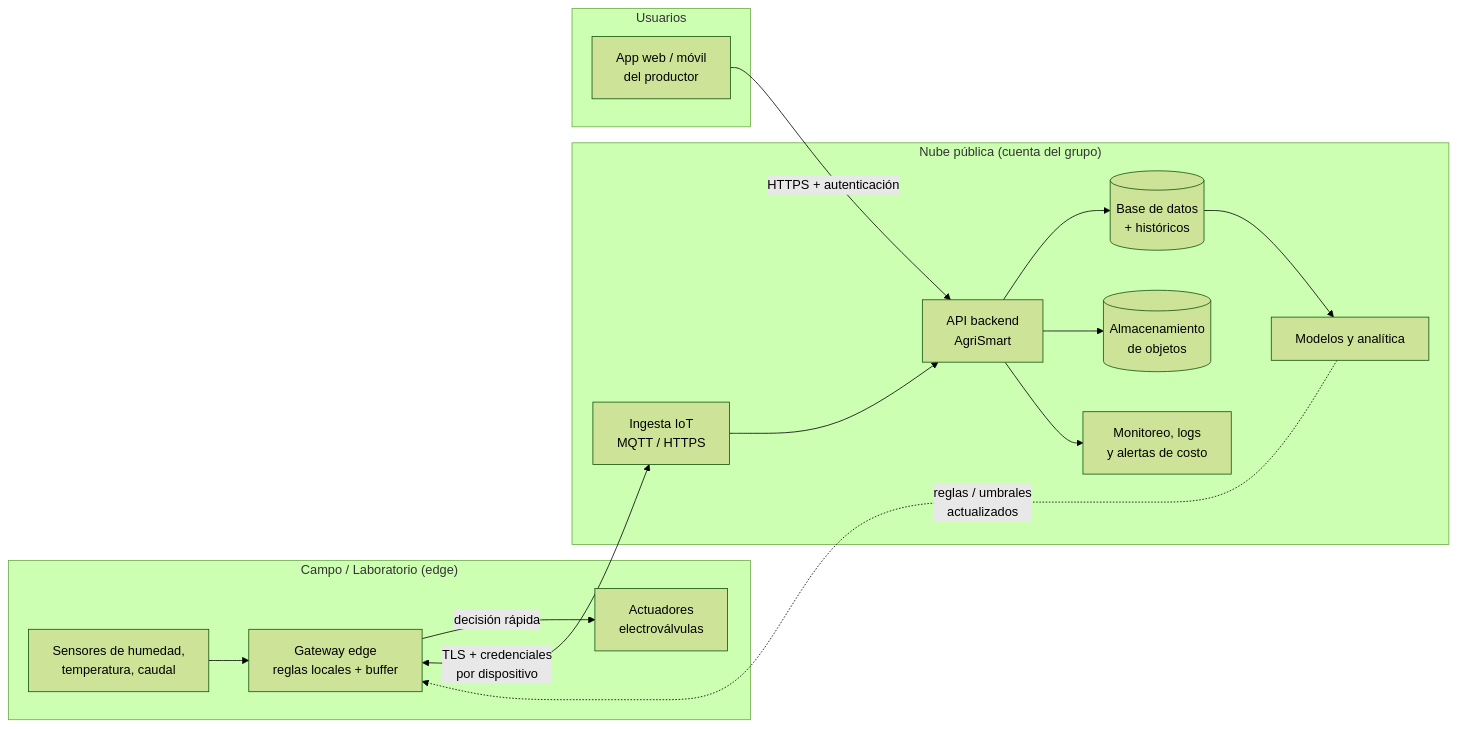
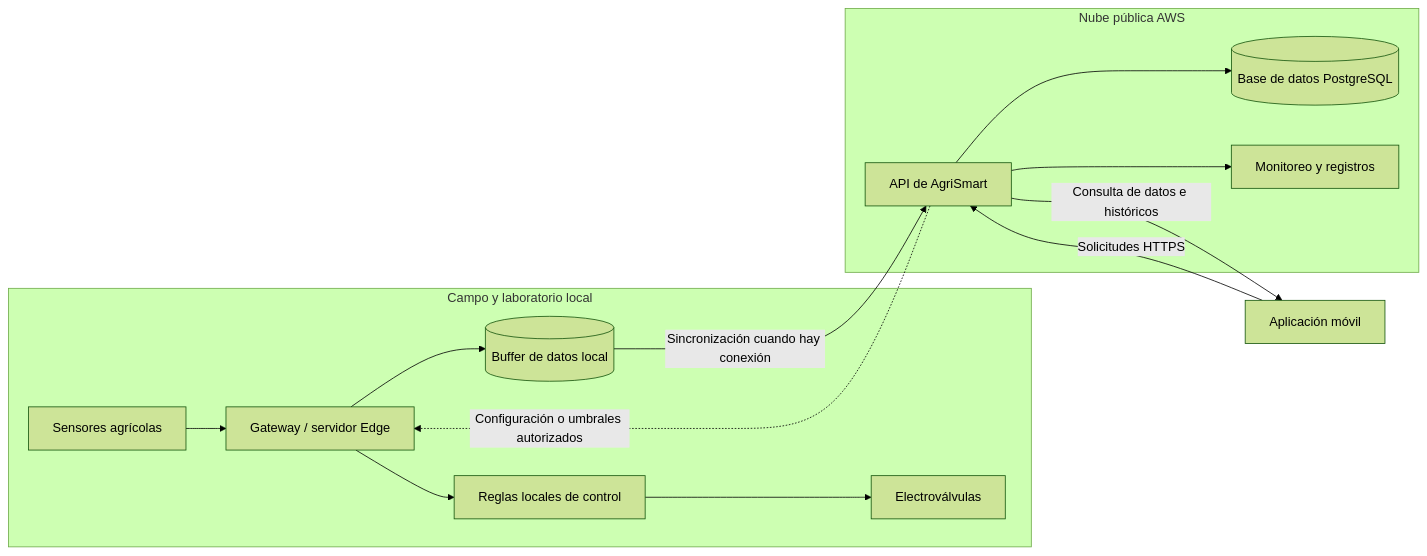
Before and after one commit to Patricio1668/smart_latacunga_cloude: the diagram in docs/nube-H3.md, drawn with Mermaid (forest theme). The commit also changed other lines of this file, not shown here.

Commit message:
Refactor justification section and update architecture diagram
Removed redundant section and updated architecture diagram for clarity.

````diff
--- a/docs/nube-H3.md
+++ b/docs/nube-H3.md
@@ -66,32 +65,31 @@
 ```mermaid
 flowchart LR
-    subgraph CAMPO["Campo / Laboratorio (edge)"]
-        S1[Sensores de humedad,<br/>temperatura, caudal]
-        GW[Gateway edge<br/>reglas locales + buffer]
-        ACT[Actuadores<br/>electroválvulas]
-        S1 --> GW
-        GW -->|decisión rápida| ACT
+    subgraph EDGE["Campo y laboratorio local"]
+        S["Sensores agrícolas"]
+        GW["Gateway / servidor Edge"]
+        CTRL["Reglas locales de control"]
+        BUF[("Buffer de datos local")]
+        ACT["Electroválvulas"]
+
+        S --> GW
+        GW --> CTRL
+        CTRL --> ACT
+        GW --> BUF
     end
 
-    subgraph CLOUD["Nube pública (cuenta del grupo)"]
-        ING[Ingesta IoT<br/>MQTT / HTTPS]
-        API[API backend<br/>AgriSmart]
-        DB[(Base de datos<br/>+ históricos)]
-        OBJ[(Almacenamiento<br/>de objetos)]
-        ML[Modelos y analítica]
-        MON[Monitoreo, logs<br/>y alertas de costo]
-        ING --> API
+    subgraph AWS["Nube pública AWS"]
+        API["API de AgriSmart"]
+        DB[("Base de datos PostgreSQL")]
+        MON["Monitoreo y registros"]
+
         API --> DB
-        API --> OBJ
-        DB --> ML
         API --> MON
     end
 
-    subgraph USR["Usuarios"]
-        APP[App web / móvil<br/>del productor]
-    end
+    APP["Aplicación móvil"]
 
-    GW <-->|TLS + credenciales<br/>por dispositivo| ING
-    APP -->|HTTPS + autenticación| API
-    ML -.->|reglas / umbrales<br/>actualizados| GW
+    BUF -->|"Sincronización cuando hay conexión"| API
+    API -->|"Consulta de datos e históricos"| APP
+    APP -->|"Solicitudes HTTPS"| API
+    API -.->|"Configuración o umbrales autorizados"| GW
 ```
````
